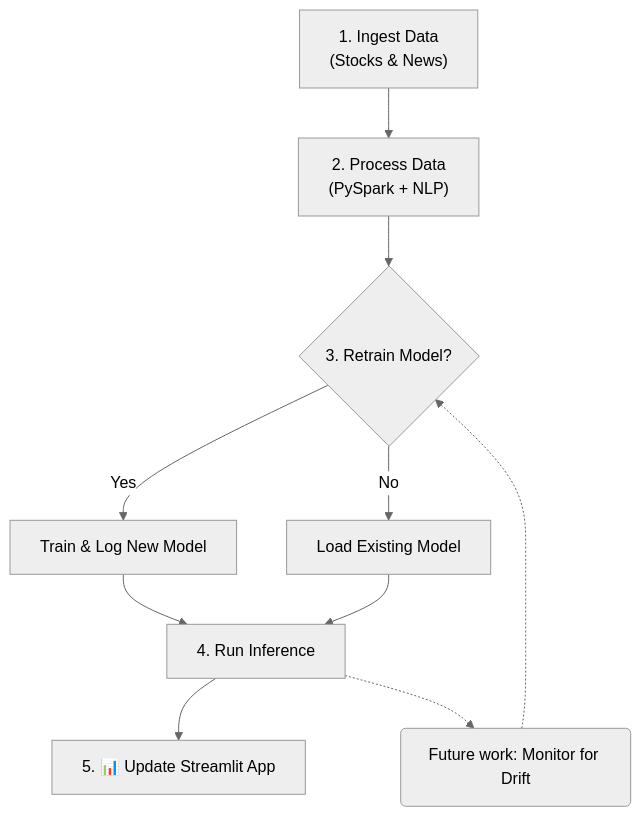
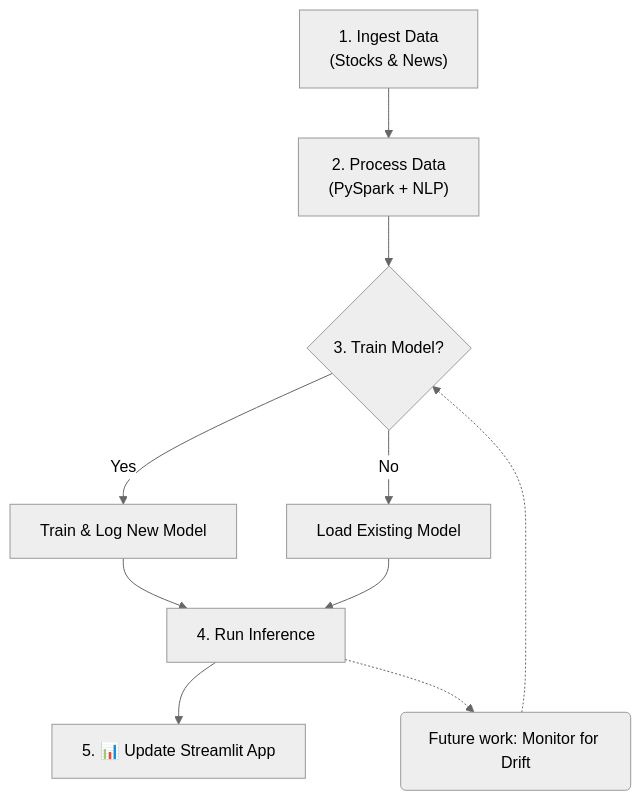
The diagram in README.md (asupraja3/nlp-finance-forecast), drawn with Mermaid (neutral theme) before and after one commit.

Commit message:
Update workflow diagram to reflect model training

````diff
--- a/README.md
+++ b/README.md
@@ -9,19 +9,19 @@
 ```mermaid
 graph TD
     %% --- Main Workflow ---
     A["1. Ingest Data<br/>(Stocks & News)"] --> B["2. Process Data<br/>(PySpark + NLP)"];
-    B --> C{3. Retrain Model?};
+    B --> C{3. Train Model?};
     
     C -- Yes --> D["Train & Log New Model"];
     C -- No --> E["Load Existing Model"];
     
     D --> F["4. Run Inference"];
     E --> F;
     
     F --> G["5. 📊 Update Streamlit App"];
 
     %% --- Future Work Loop (Dotted Lines) ---
     F -.-> M(Future work: Monitor for Drift);
     M -.-> C;
 
 ```
````
